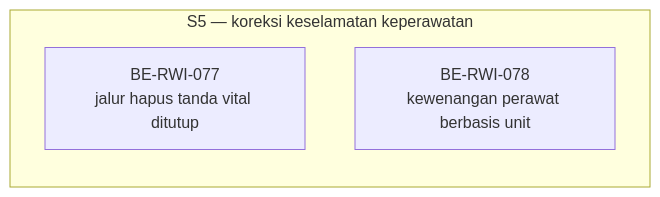
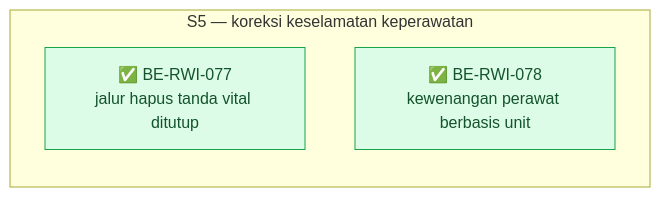
One commit to DevBenari/NewQuilvianSystemBackend changed the diagram in docs/module-blueprints/rawat-inap/keperawatan/roadmap/backend-roadmap.md. Above: the diagram before and after it, drawn with Mermaid. The commit also changed other lines of this file and 37 other files, not shown here.

````diff
--- a/docs/module-blueprints/rawat-inap/keperawatan/roadmap/backend-roadmap.md
+++ b/docs/module-blueprints/rawat-inap/keperawatan/roadmap/backend-roadmap.md
@@ -561,9 +561,9 @@
 ```mermaid
 flowchart LR
-    classDef terblokir fill:#FEE2E2,stroke:#DC2626,color:#7F1D1D
+    classDef selesai fill:#DCFCE7,stroke:#16A34A,color:#14532D
 
     subgraph s5["S5 — koreksi keselamatan keperawatan"]
-        BE077["BE-RWI-077<br/>jalur hapus tanda vital ditutup"]:::belum
-        BE078["BE-RWI-078<br/>kewenangan perawat berbasis unit"]:::belum
+        BE077["✅ BE-RWI-077<br/>jalur hapus tanda vital ditutup"]:::selesai
+        BE078["✅ BE-RWI-078<br/>kewenangan perawat berbasis unit"]:::selesai
     end
 ```
````
